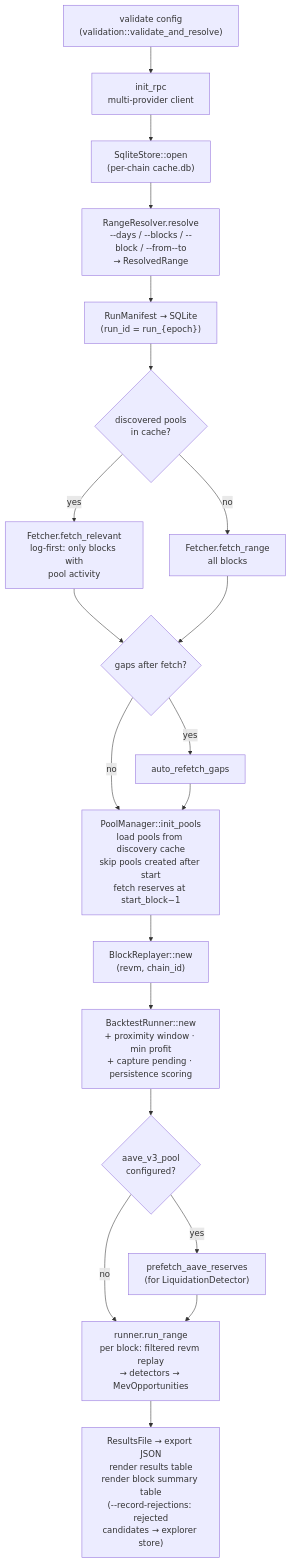
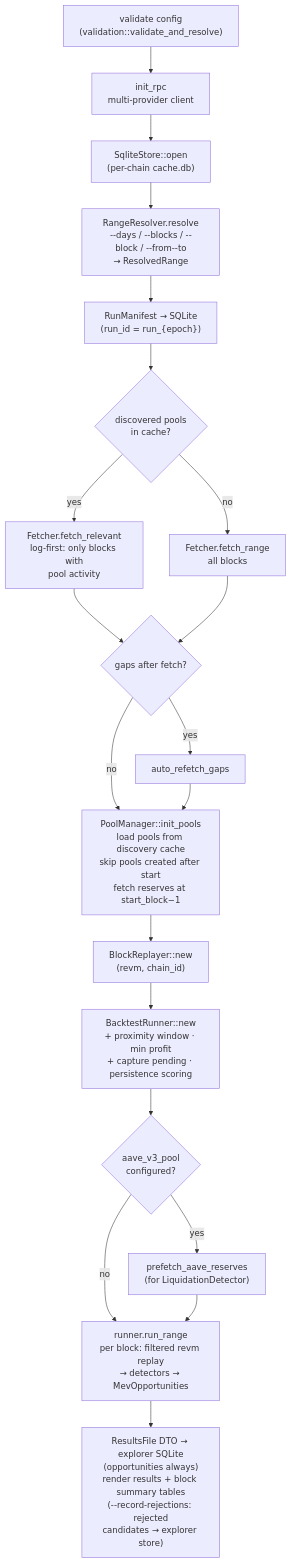
The second of 13 diagrams in docs/ARCHITECTURE.md (moha-moradi/mev-scout), drawn with Mermaid before and after one commit. The commit also changed other lines of this file and 71 other files, not shown here.

````diff
--- a/docs/ARCHITECTURE.md
+++ b/docs/ARCHITECTURE.md
@@ -138,22 +189,22 @@
 ```mermaid
 flowchart TB
     A["validate config<br/>(validation::validate_and_resolve)"] --> B["init_rpc<br/>multi-provider client"]
     B --> C["SqliteStore::open<br/>(per-chain cache.db)"]
     C --> D["RangeResolver.resolve<br/>--days / --blocks / --block / --from--to<br/>→ ResolvedRange"]
     D --> E["RunManifest → SQLite<br/>(run_id = run_{epoch})"]
     E --> F{"discovered pools<br/>in cache?"}
     F -- "yes" --> G["Fetcher.fetch_relevant<br/>log-first: only blocks with<br/>pool activity"]
     F -- "no" --> H["Fetcher.fetch_range<br/>all blocks"]
     G --> I{"gaps after fetch?"}
     H --> I
     I -- yes --> J["auto_refetch_gaps"]
     I -- no --> K
     J --> K["PoolManager::init_pools<br/>load pools from discovery cache<br/>skip pools created after start<br/>fetch reserves at start_block−1"]
     K --> L["BlockReplayer::new<br/>(revm, chain_id)"]
     L --> M["BacktestRunner::new<br/>+ proximity window · min profit<br/>+ capture pending · persistence scoring"]
     M --> N{"aave_v3_pool<br/>configured?"}
     N -- yes --> O["prefetch_aave_reserves<br/>(for LiquidationDetector)"]
     N -- no --> P
     O --> P["runner.run_range<br/>per block: filtered revm replay<br/>→ detectors → MevOpportunities"]
-    P --> Q["ResultsFile → export JSON<br/>render results table<br/>render block summary table<br/>(--record-rejections: rejected<br/>candidates → explorer store)"]
+    P --> Q["ResultsFile DTO → explorer SQLite<br/>(opportunities always)<br/>render results + block summary tables<br/>(--record-rejections: rejected<br/>candidates → explorer store)"]
 ```
````
